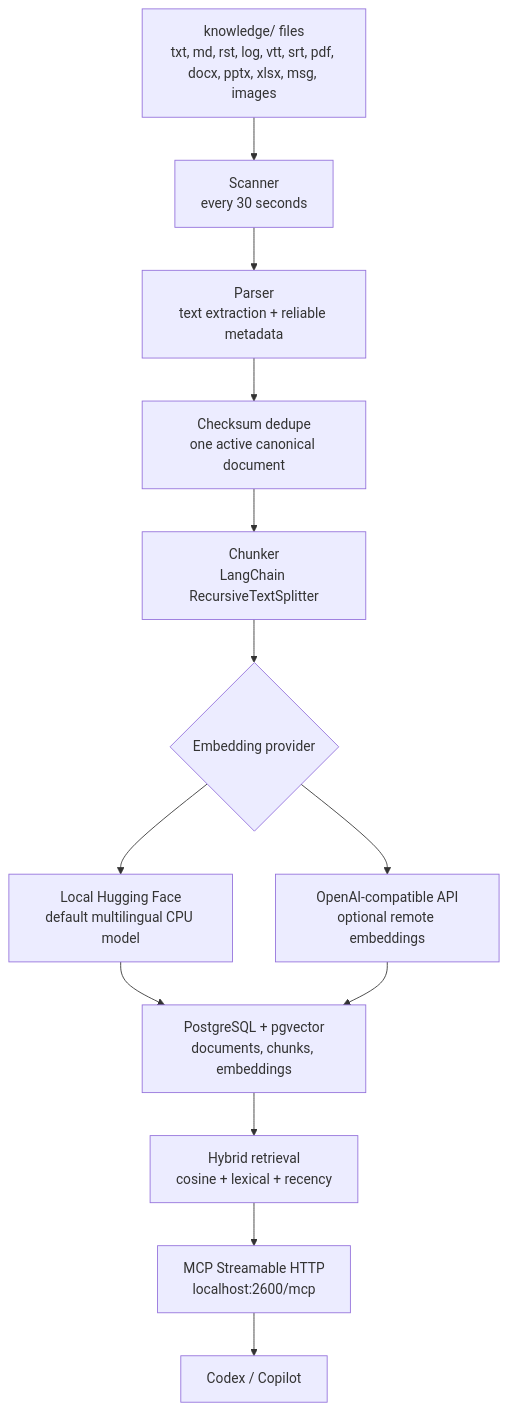
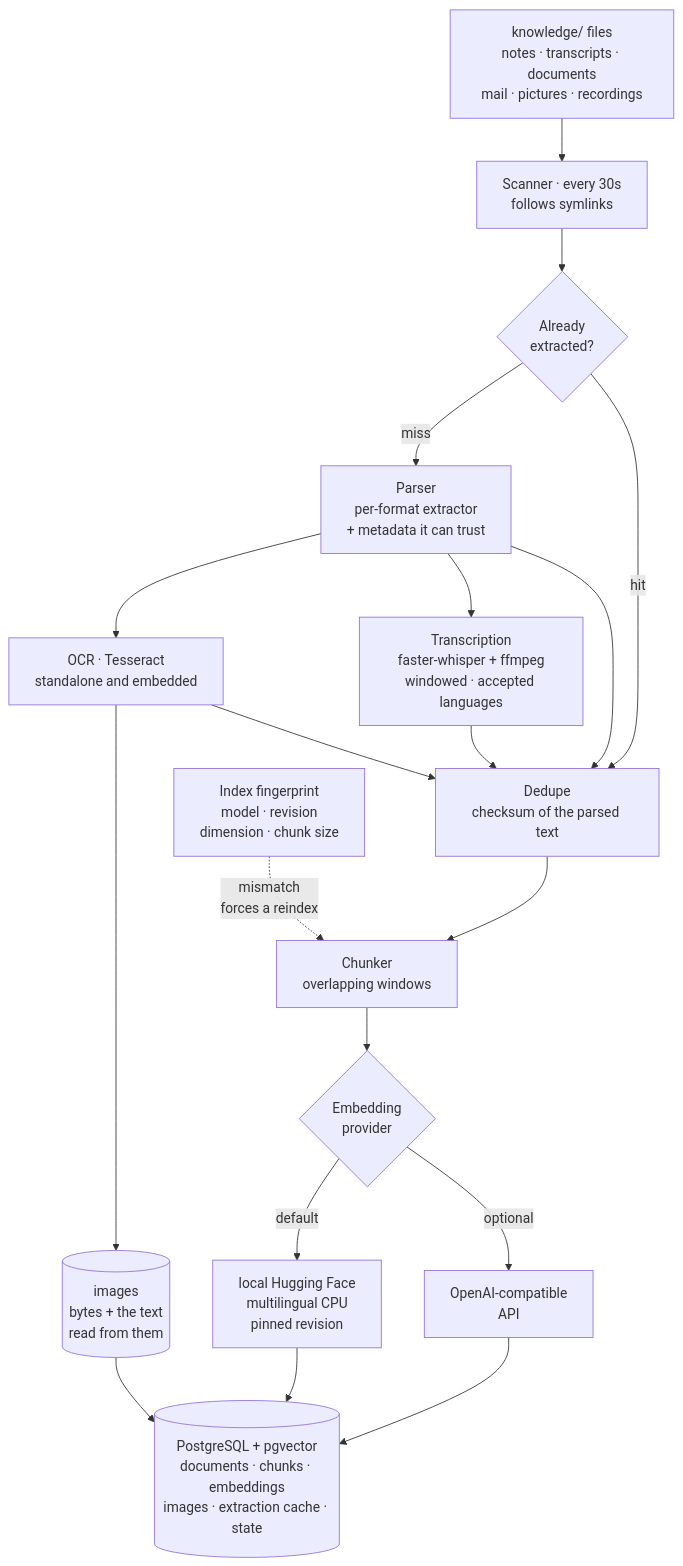
One commit to wgruszczyk/tpo-agentic-automation-document-memory-rag changed the first of 2 diagrams in README.md. Above: the diagram before and after it, drawn with Mermaid. The commit also changed other lines of this file, not shown here.

````diff
--- a/README.md
+++ b/README.md
@@ -83,15 +89,23 @@
 ```mermaid
-flowchart TD
-    A["knowledge/ files<br/>txt, md, rst, log, vtt, srt, pdf, docx, pptx, xlsx, msg, images"] --> B["Scanner<br/>every 30 seconds"]
-    B --> C["Parser<br/>text extraction + reliable metadata"]
-    C --> D["Checksum dedupe<br/>one active canonical document"]
-    D --> E["Chunker<br/>LangChain RecursiveTextSplitter"]
-    E --> F{"Embedding provider"}
-    F --> G["Local Hugging Face<br/>default multilingual CPU model"]
-    F --> H["OpenAI-compatible API<br/>optional remote embeddings"]
-    G --> I["PostgreSQL + pgvector<br/>documents, chunks, embeddings"]
-    H --> I
-    I --> J["Hybrid retrieval<br/>cosine + lexical + recency"]
-    J --> K["MCP Streamable HTTP<br/>localhost:2600/mcp"]
-    K --> L["Codex / Copilot"]
+flowchart TB
+    files["knowledge/ files<br/>notes · transcripts · documents<br/>mail · pictures · recordings"]
+
+    files --> scan["Scanner · every 30s<br/>follows symlinks"]
+    scan --> cache{"Already<br/>extracted?"}
+    cache -->|"miss"| parse["Parser<br/>per-format extractor<br/>+ metadata it can trust"]
+    parse --> ocr["OCR · Tesseract<br/>standalone and embedded"]
+    parse --> asr["Transcription<br/>faster-whisper + ffmpeg<br/>windowed · accepted languages"]
+    ocr --> pics[("images<br/>bytes + the text<br/>read from them")]
+    cache -->|"hit"| dedupe
+    parse --> dedupe
+    ocr --> dedupe
+    asr --> dedupe["Dedupe<br/>checksum of the parsed text"]
+    dedupe --> chunk["Chunker<br/>overlapping windows"]
+    fp["Index fingerprint<br/>model · revision<br/>dimension · chunk size"] -.->|"mismatch<br/>forces a reindex"| chunk
+    chunk --> emb{"Embedding<br/>provider"}
+    emb -->|"default"| hf["local Hugging Face<br/>multilingual CPU<br/>pinned revision"]
+    emb -->|"optional"| api["OpenAI-compatible<br/>API"]
+    hf --> db
+    api --> db
+    pics --> db[("PostgreSQL + pgvector<br/>documents · chunks · embeddings<br/>images · extraction cache · state")]
 ```
````
